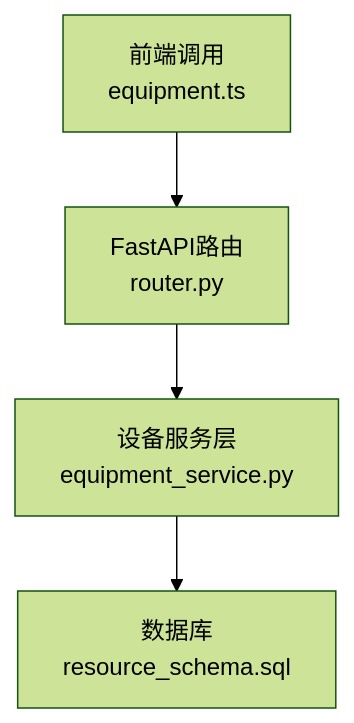
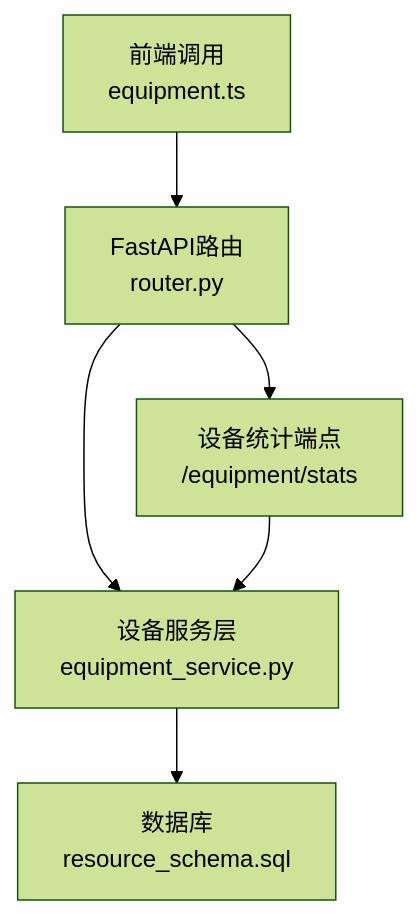
Before and after one commit to JiaStan/shizhi_system_df: the first of 3 diagrams in .qoder/repowiki/zh/content/API接口文档/资源管理API/设备管理API.md, drawn with Mermaid (forest theme). The commit also changed other lines of this file and 53 other files, not shown here.

````diff
--- a/.qoder/repowiki/zh/content/API接口文档/资源管理API/设备管理API.md
+++ b/.qoder/repowiki/zh/content/API接口文档/资源管理API/设备管理API.md
@@ -29,6 +36,8 @@
 ```mermaid
 graph TB
 FE["前端调用<br/>equipment.ts"] --> API["FastAPI路由<br/>router.py"]
 API --> SVC["设备服务层<br/>equipment_service.py"]
 SVC --> DB["数据库<br/>resource_schema.sql"]
+API --> STATS["设备统计端点<br/>/equipment/stats"]
+STATS --> SVC
 ```
````
